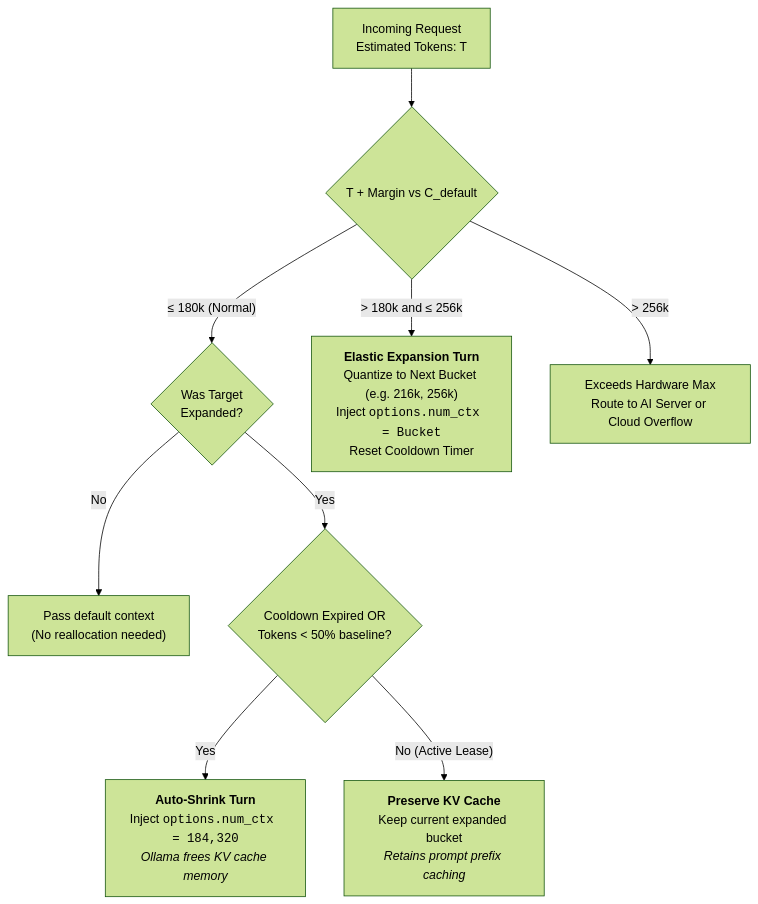
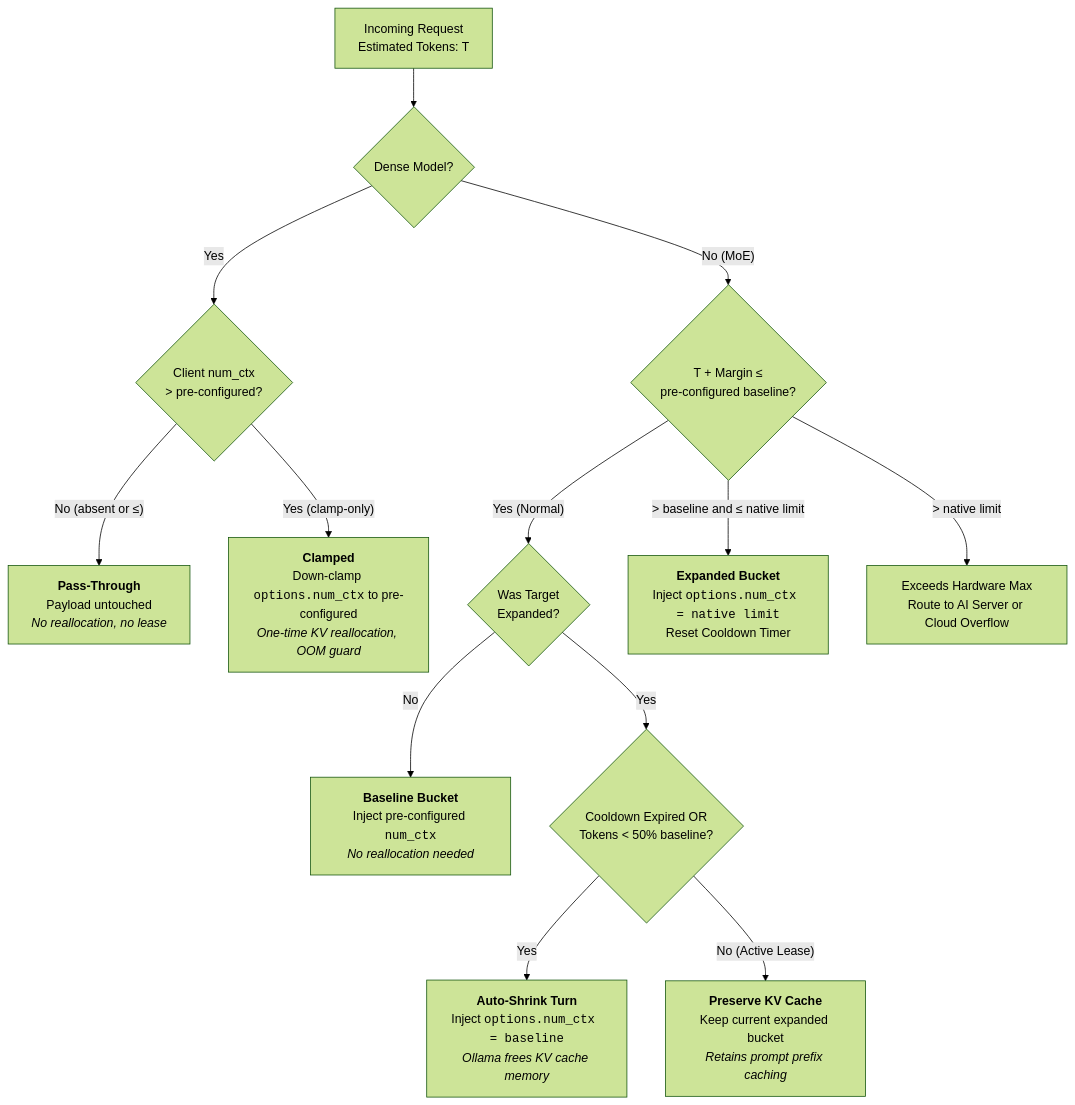
The second of 3 diagrams in docs/MULTI_TARGET_ZERO_CONFIG_ROUTING_PLAN.md (jetelain/OllamaRouter), drawn with Mermaid (forest theme) before and after one commit. The commit also changed other lines of this file and 20 other files, not shown here.

Commit message:
Merge task #26: MoE-only dynamic context sizing: two-bucket optimal/extensible ladder with clamp-only dense pass-through

````diff
--- a/docs/MULTI_TARGET_ZERO_CONFIG_ROUTING_PLAN.md
+++ b/docs/MULTI_TARGET_ZERO_CONFIG_ROUTING_PLAN.md
@@ -163,11 +163,15 @@
 ```mermaid
 flowchart TD
-    req["Incoming Request<br/>Estimated Tokens: T"] --> check{"T + Margin vs C_default"}
-    check -->|"≤ 180k (Normal)"| normal{"Was Target<br/>Expanded?"}
-    normal -->|"No"| pass["Pass default context<br/>(No reallocation needed)"]
-    normal -->|"Yes"| hyst{"Cooldown Expired OR<br/>Tokens < 50% baseline?"}
-    hyst -->|"Yes"| shrink["<b>Auto-Shrink Turn</b><br/>Inject <code>options.num_ctx = 184,320</code><br/><i>Ollama frees KV cache memory</i>"]
+    req["Incoming Request<br/>Estimated Tokens: T"] --> dense{"Dense Model?"}
+    dense -->|"Yes"| denseclamp{"Client num_ctx<br/>&gt; pre-configured?"}
+    denseclamp -->|"No (absent or ≤)"| passthrough["<b>Pass-Through</b><br/>Payload untouched<br/><i>No reallocation, no lease</i>"]
+    denseclamp -->|"Yes (clamp-only)"| clampdown["<b>Clamped</b><br/>Down-clamp <code>options.num_ctx</code> to pre-configured<br/><i>One-time KV reallocation, OOM guard</i>"]
+    dense -->|"No (MoE)"| check{"T + Margin ≤<br/>pre-configured baseline?"}
+    check -->|"Yes (Normal)"| normal{"Was Target<br/>Expanded?"}
+    normal -->|"No"| baseline["<b>Baseline Bucket</b><br/>Inject pre-configured <code>num_ctx</code><br/><i>No reallocation needed</i>"]
+    normal -->|"Yes"| hyst{"Cooldown Expired OR<br/>Tokens &lt; 50% baseline?"}
+    hyst -->|"Yes"| shrink["<b>Auto-Shrink Turn</b><br/>Inject <code>options.num_ctx = baseline</code><br/><i>Ollama frees KV cache memory</i>"]
     hyst -->|"No (Active Lease)"| keep["<b>Preserve KV Cache</b><br/>Keep current expanded bucket<br/><i>Retains prompt prefix caching</i>"]
-    check -->|"> 180k and ≤ 256k"| expand["<b>Elastic Expansion Turn</b><br/>Quantize to Next Bucket (e.g. 216k, 256k)<br/>Inject <code>options.num_ctx = Bucket</code><br/>Reset Cooldown Timer"]
-    check -->|"> 256k"| spill["Exceeds Hardware Max<br/>Route to AI Server or Cloud Overflow"]
+    check -->|"&gt; baseline and ≤ native limit"| expand["<b>Expanded Bucket</b><br/>Inject <code>options.num_ctx = native limit</code><br/>Reset Cooldown Timer"]
+    check -->|"&gt; native limit"| spill["Exceeds Hardware Max<br/>Route to AI Server or Cloud Overflow"]
 ```
````
